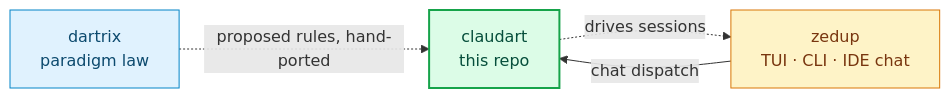
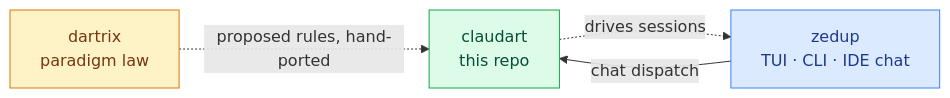
One commit to MakerPact/claudart changed the seventh of 7 diagrams in README.md. Above: the diagram before and after it, drawn with Mermaid. The commit also changed other lines of this file, not shown here.

````diff
--- a/README.md
+++ b/README.md
@@ -544,12 +735,13 @@
 ```mermaid
 flowchart LR
-  C[claudart<br/>this repo]:::self
-  D[dartrix<br/>paradigm law]:::core
-  Z[zedup<br/>TUI · CLI · IDE chat]:::tool
+  C[claudart<br/>this repo]:::state
+  D[dartrix<br/>paradigm law]:::fn
+  Z[zedup<br/>TUI · CLI · IDE chat]:::ext
   C -.->|drives sessions| Z
   Z -->|chat dispatch| C
   D -.->|proposed rules, hand-ported| C
-  classDef self fill:#dcfce7,color:#064e3b,stroke:#16a34a,stroke-width:2px
-  classDef core fill:#e0f2fe,color:#0c4a6e,stroke:#0284c7
-  classDef tool fill:#fef3c7,color:#78350f,stroke:#d97706
+  classDef state fill:#dcfce7,color:#064e3b,stroke:#16a34a
+  classDef cmd fill:#e0f2fe,color:#0c4a6e,stroke:#0284c7
+  classDef fn fill:#fef3c7,color:#78350f,stroke:#d97706
+  classDef ext fill:#dbeafe,color:#1e3a8a,stroke:#3b82f6
 ```
````
